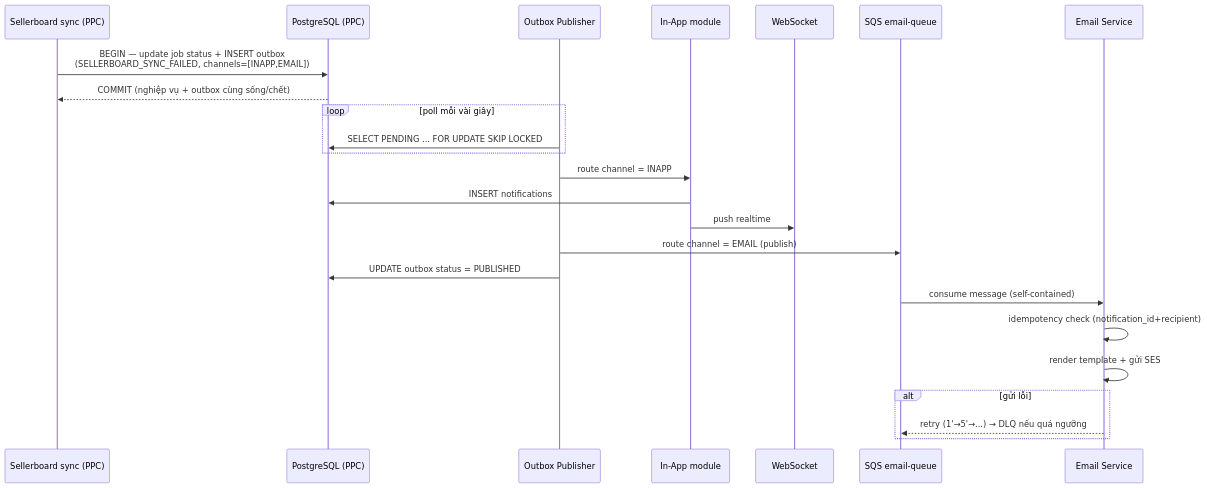
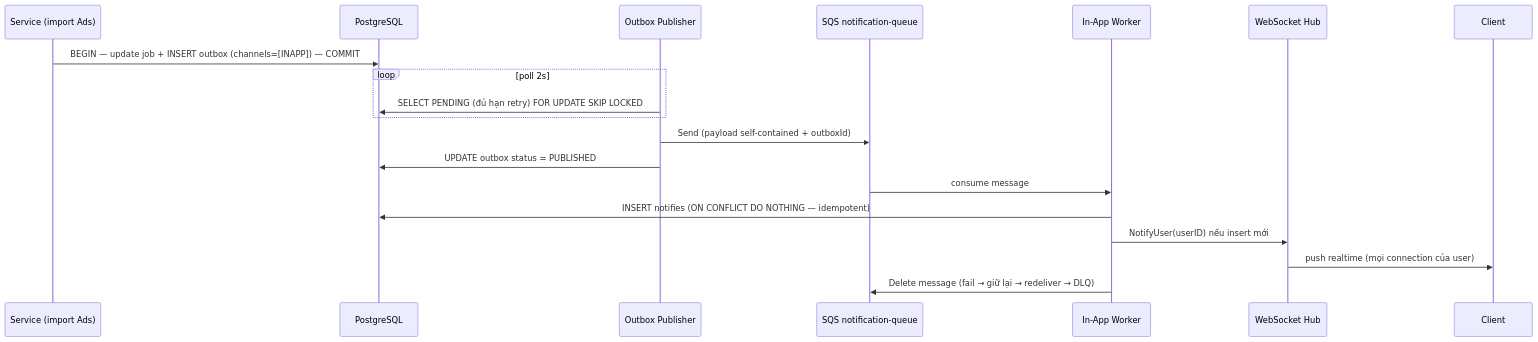
Before and after one commit to thanhncTeecom/View-Document-Readme: the second of 6 diagrams in technical-proposal-notification-system.md, drawn with Mermaid. The commit also changed other lines of this file, not shown here.

````diff
--- a/technical-proposal-notification-system.md
+++ b/technical-proposal-notification-system.md
@@ -92,27 +83,22 @@
 ```mermaid
 sequenceDiagram
-    participant Job as Sellerboard sync (PPC)
-    participant DB as PostgreSQL (PPC)
+    participant Job as Service (import Ads)
+    participant DB as PostgreSQL
     participant Pub as Outbox Publisher
-    participant InApp as In-App module
-    participant WS as WebSocket
-    participant Q as SQS email-queue
-    participant Email as Email Service
+    participant Q as SQS notification-queue
+    participant W as In-App Worker
+    participant Hub as WebSocket Hub
+    participant FE as Client
 
-    Job->>DB: BEGIN — update job status + INSERT outbox<br/>(SELLERBOARD_SYNC_FAILED, channels=[INAPP,EMAIL])
-    DB-->>Job: COMMIT (nghiệp vụ + outbox cùng sống/chết)
-    loop poll mỗi vài giây
-        Pub->>DB: SELECT PENDING ... FOR UPDATE SKIP LOCKED
+    Job->>DB: BEGIN — update job + INSERT outbox (channels=[INAPP]) — COMMIT
+    loop poll 2s
+        Pub->>DB: SELECT PENDING (đủ hạn retry) FOR UPDATE SKIP LOCKED
     end
-    Pub->>InApp: route channel = INAPP
-    InApp->>DB: INSERT notifications
-    InApp->>WS: push realtime
-    Pub->>Q: route channel = EMAIL (publish)
+    Pub->>Q: Send (payload self-contained + outboxId)
     Pub->>DB: UPDATE outbox status = PUBLISHED
-    Q->>Email: consume message (self-contained)
-    Email->>Email: idempotency check (notification_id+recipient)
-    Email->>Email: render template + gửi SES
-    alt gửi lỗi
-        Email-->>Q: retry (1'→5'→...) → DLQ nếu quá ngưỡng
-    end
+    Q->>W: consume message
+    W->>DB: INSERT notifies (ON CONFLICT DO NOTHING — idempotent)
+    W->>Hub: NotifyUser(userID) nếu insert mới
+    Hub->>FE: push realtime (mọi connection của user)
+    W->>Q: Delete message (fail → giữ lại → redeliver → DLQ)
 ```
````
